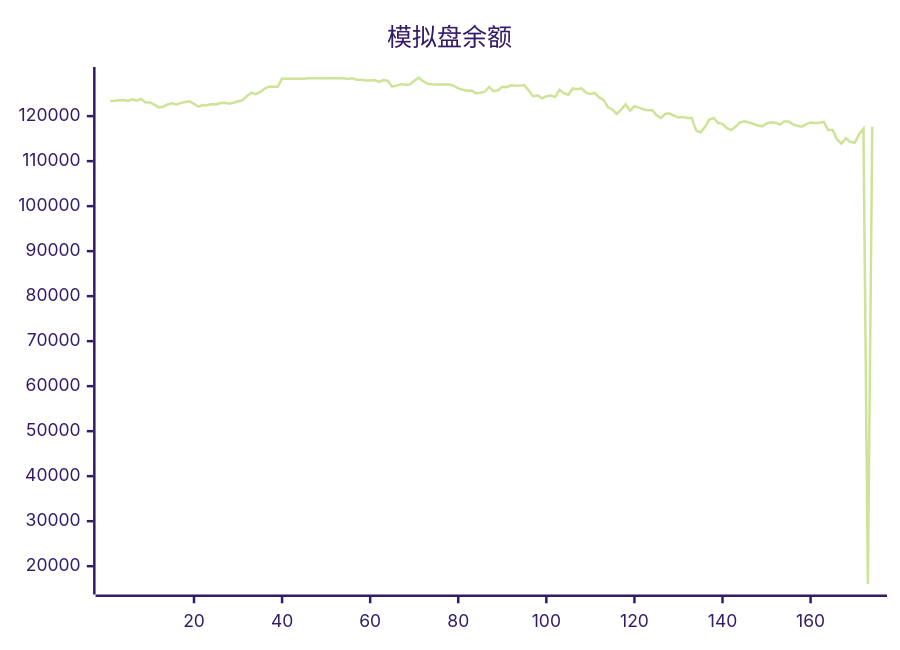
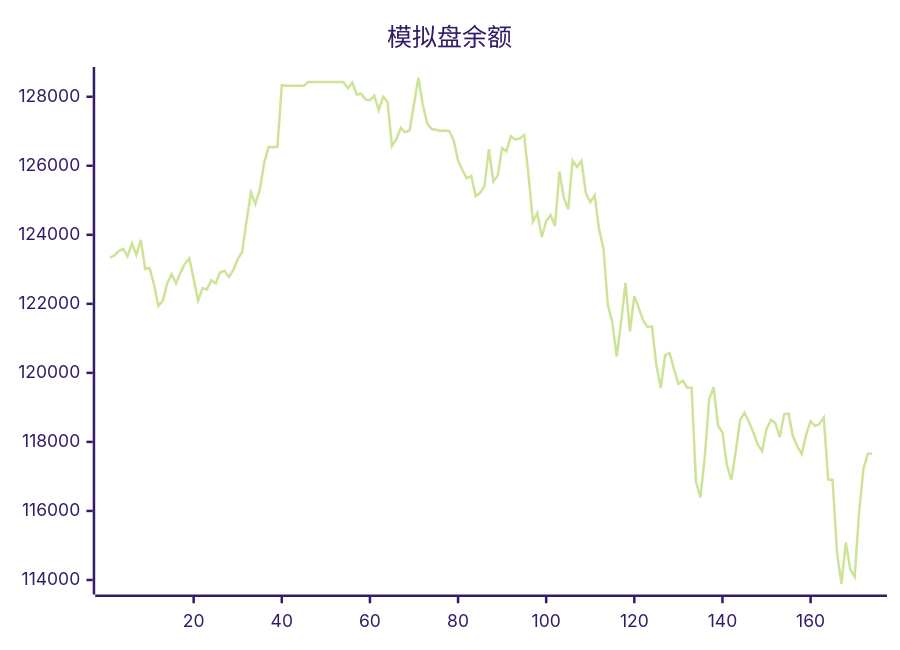
The diagram in README.md (aahl/ai-trading), drawn with Mermaid (forest theme) before and after one commit. The commit also changed other lines of this file and 1 other file, not shown here.

````diff
--- a/README.md
+++ b/README.md
@@ -5,5 +5,5 @@
 ```mermaid
 xychart
     title "模拟盘余额"
-    line [123338,123402,123530,123592,123378,123745,123413,123853,123009,123040,122557,121938,122095,122599,122856,122597,122898,123160,123319,122719,122087,122454,122416,122685,122592,122907,122961,122776,122981,123295,123507,124403,125224,124894,125303,126088,126544,126534,126549,128335,128318,128318,128318,128318,128318,128424,128424,128424,128424,128424,128424,128424,128424,128424,128247,128412,128062,128087,127917,127901,128026,127611,128000,127850,126572,126770,127100,126971,127029,127783,128554,127765,127224,127064,127044,127009,127025,127004,126738,126152,125871,125635,125707,125117,125217,125420,126480,125545,125715,126511,126424,126856,126764,126788,126890,125710,124381,124632,123936,124402,124574,124256,125833,125070,124739,126154,125966,126145,125213,124943,125143,124157,123604,121959,121476,120476,121470,122610,121201,122221,121889,121522,121332,121344,120232,119559,120513,120577,120108,119680,119777,119572,119568,116839,116392,117573,119250,119585,118469,118277,117338,116897,117706,118628,118849,118579,118280,117926,117735,118373,118639,118544,118136,118798,118819,118162,117874,117649,118215,118601,118463,118517,118713,116911,116899,114798,113887,115084,114313,114091,115934,117221,16072,117658]
+    line [123338,123402,123530,123592,123378,123745,123413,123853,123009,123040,122557,121938,122095,122599,122856,122597,122898,123160,123319,122719,122087,122454,122416,122685,122592,122907,122961,122776,122981,123295,123507,124403,125224,124894,125303,126088,126544,126534,126549,128335,128318,128318,128318,128318,128318,128424,128424,128424,128424,128424,128424,128424,128424,128424,128247,128412,128062,128087,127917,127901,128026,127611,128000,127850,126572,126770,127100,126971,127029,127783,128554,127765,127224,127064,127044,127009,127025,127004,126738,126152,125871,125635,125707,125117,125217,125420,126480,125545,125715,126511,126424,126856,126764,126788,126890,125710,124381,124632,123936,124402,124574,124256,125833,125070,124739,126154,125966,126145,125213,124943,125143,124157,123604,121959,121476,120476,121470,122610,121201,122221,121889,121522,121332,121344,120232,119559,120513,120577,120108,119680,119777,119572,119568,116839,116392,117573,119250,119585,118469,118277,117338,116897,117706,118628,118849,118579,118280,117926,117735,118373,118639,118544,118136,118798,118819,118162,117874,117649,118215,118601,118463,118517,118713,116911,116899,114798,113887,115084,114313,114091,115934,117221,117658,117658]
 ```
````
